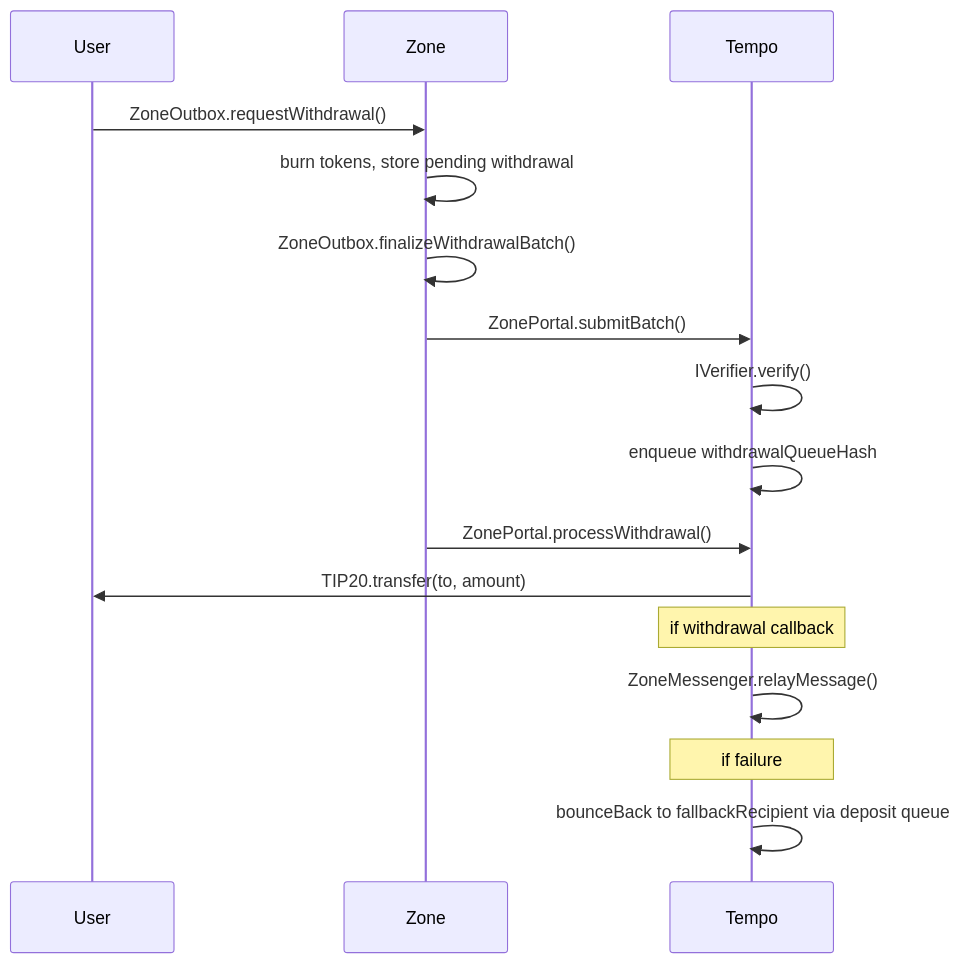
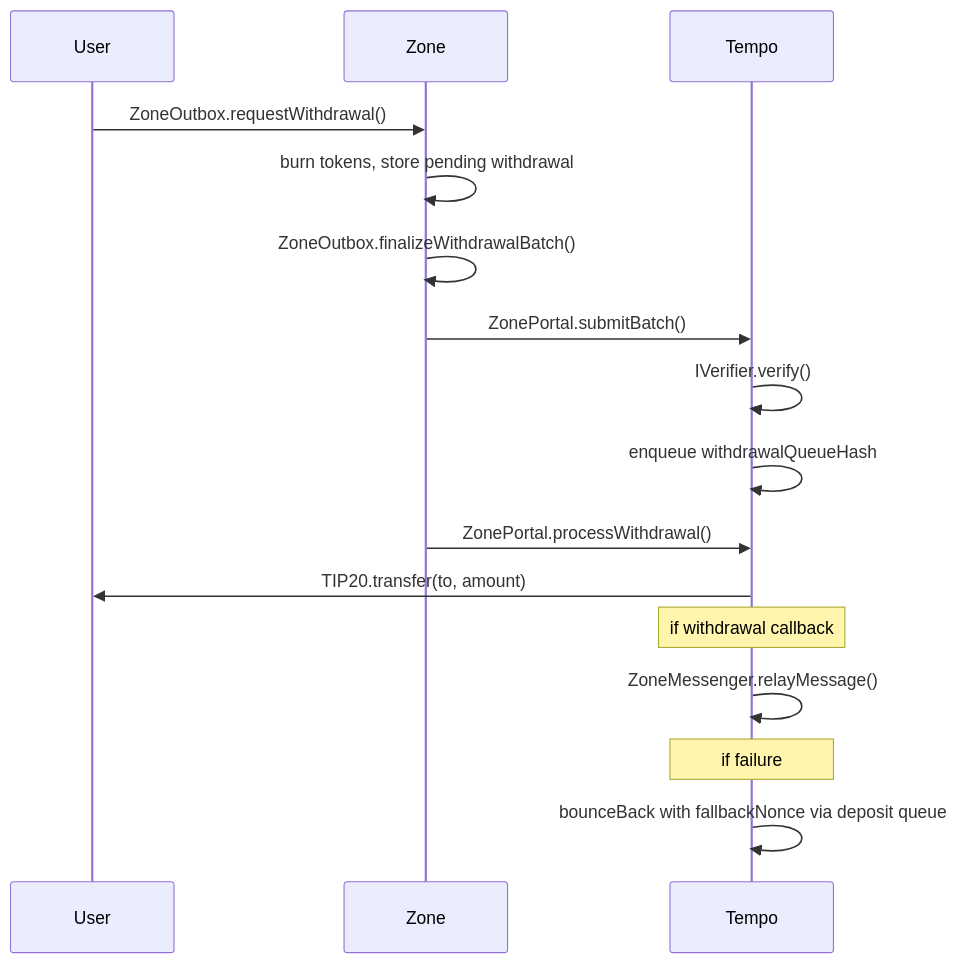
One commit to Dustin4444/zones changed the fifth of 6 diagrams in specs/spec.md. Above: the diagram before and after it, drawn with Mermaid. The commit also changed other lines of this file and 20 other files, not shown here.

````diff
--- a/specs/spec.md
+++ b/specs/spec.md
@@ -582,23 +584,23 @@
 ```mermaid
 sequenceDiagram
     participant U as User
     participant Z as Zone
     participant T as Tempo
 
     U->>Z: ZoneOutbox.requestWithdrawal()
     Z->>Z: burn tokens, store pending withdrawal
 
     Z->>Z: ZoneOutbox.finalizeWithdrawalBatch()
     Z->>T: ZonePortal.submitBatch()
     T->>T: IVerifier.verify()
     T->>T: enqueue withdrawalQueueHash
 
     Z->>T: ZonePortal.processWithdrawal()
     T->>U: TIP20.transfer(to, amount)
 
     Note over T: if withdrawal callback
     T->>T: ZoneMessenger.relayMessage()
 
     Note over T: if failure
-    T->>T: bounceBack to fallbackRecipient via deposit queue
+    T->>T: bounceBack with fallbackNonce via deposit queue
 ```
````
